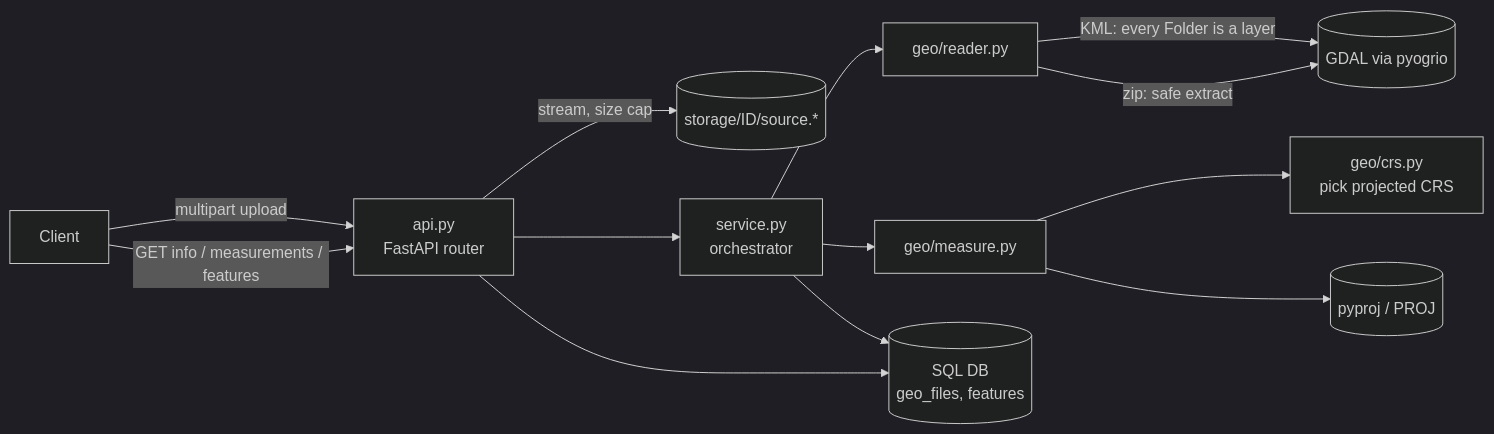
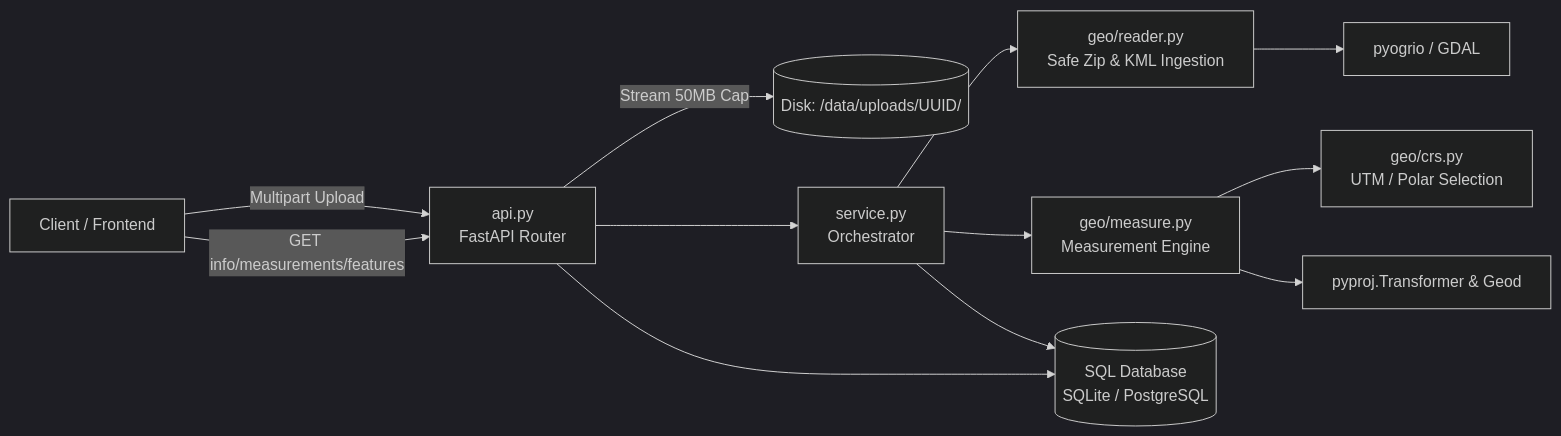
The first of 3 diagrams in README.md (Sumith2104/geo-measure-api), drawn with Mermaid (dark theme) before and after one commit. The commit also changed other lines of this file and 1 other file, not shown here.

````diff
--- a/README.md
+++ b/README.md
@@ -193,14 +263,13 @@
 ```mermaid
 flowchart LR
-    C[Client] -->|multipart upload| API[api.py<br/>FastAPI router]
-    API -->|stream, size cap| FS[(storage/ID/source.*)]
-    API --> SVC[service.py<br/>orchestrator]
-    SVC --> RD[geo/reader.py]
-    RD -->|KML: every Folder is a layer| GDAL[(GDAL via pyogrio)]
-    RD -->|zip: safe extract| GDAL
-    SVC --> M[geo/measure.py]
-    M --> CRS[geo/crs.py<br/>pick projected CRS]
-    M --> PJ[(pyproj / PROJ)]
-    SVC --> DB[(SQL DB<br/>geo_files, features)]
-    C -->|GET info / measurements / features| API --> DB
+    Client[Client / Frontend] -->|Multipart Upload| API[api.py<br/>FastAPI Router]
+    API -->|Stream 50MB Cap| Storage[(Disk: /data/uploads/UUID/)]
+    API --> Service[service.py<br/>Orchestrator]
+    Service --> Reader[geo/reader.py<br/>Safe Zip & KML Ingestion]
+    Reader --> Pyogrio[pyogrio / GDAL]
+    Service --> Measure[geo/measure.py<br/>Measurement Engine]
+    Measure --> CRS[geo/crs.py<br/>UTM / Polar Selection]
+    Measure --> Pyproj[pyproj.Transformer & Geod]
+    Service --> DB[(SQL Database<br/>SQLite / PostgreSQL)]
+    Client -->|GET info/measurements/features| API --> DB
 ```
````
